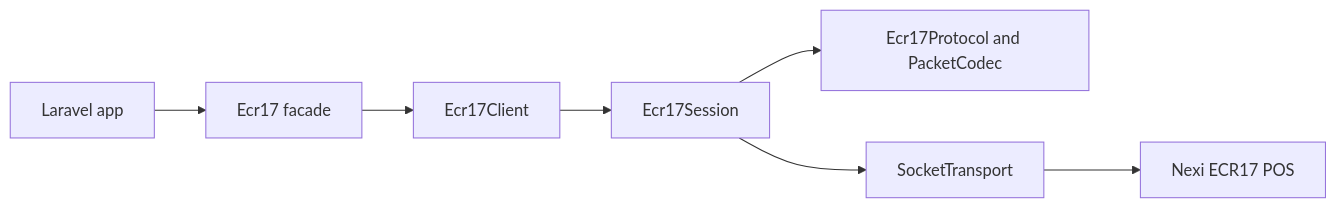
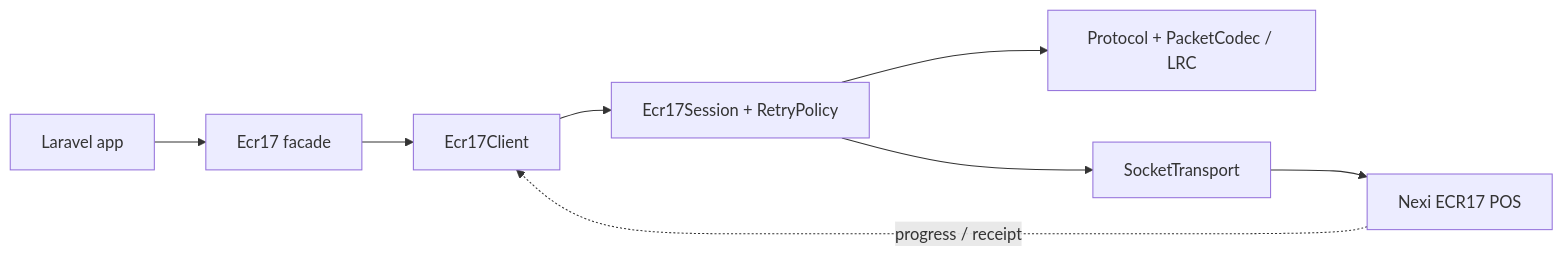
One commit to padosoft/laravel-ecr17 changed the diagram in docs-site/docs/index.md. Above: the diagram before and after it, drawn with Mermaid. The commit also changed other lines of this file and 2 other files, not shown here.

````diff
--- a/docs-site/docs/index.md
+++ b/docs-site/docs/index.md
@@ -48,9 +161,10 @@
 ```mermaid
 flowchart LR
     Laravel[Laravel app] --> Facade[Ecr17 facade]
     Facade --> Client[Ecr17Client]
-    Client --> Session[Ecr17Session]
-    Session --> Protocol[Ecr17Protocol and PacketCodec]
+    Client --> Session[Ecr17Session + RetryPolicy]
+    Session --> Protocol[Protocol + PacketCodec / LRC]
     Session --> Transport[SocketTransport]
     Transport --> POS[Nexi ECR17 POS]
+    POS -.progress / receipt.-> Client
 ```
````
